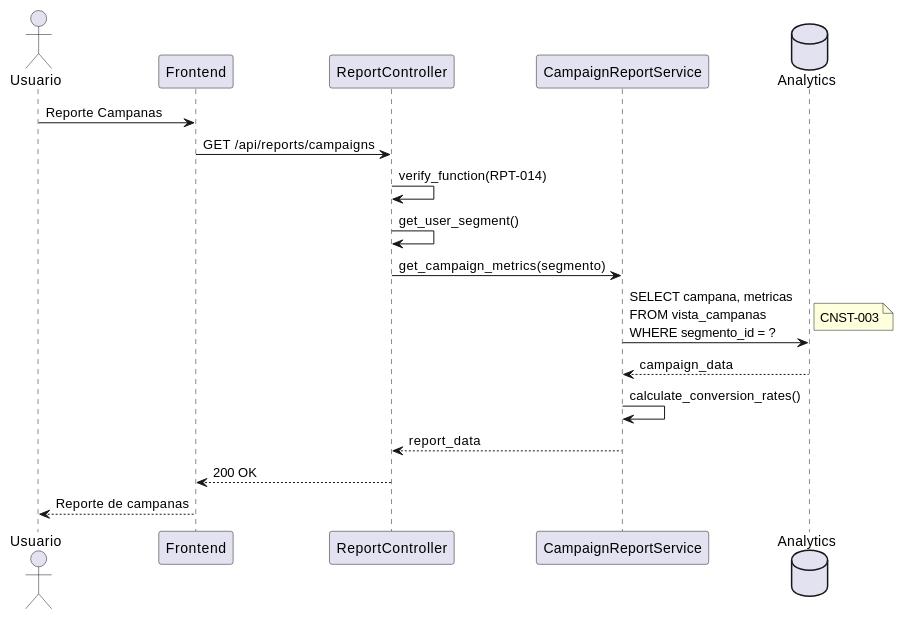
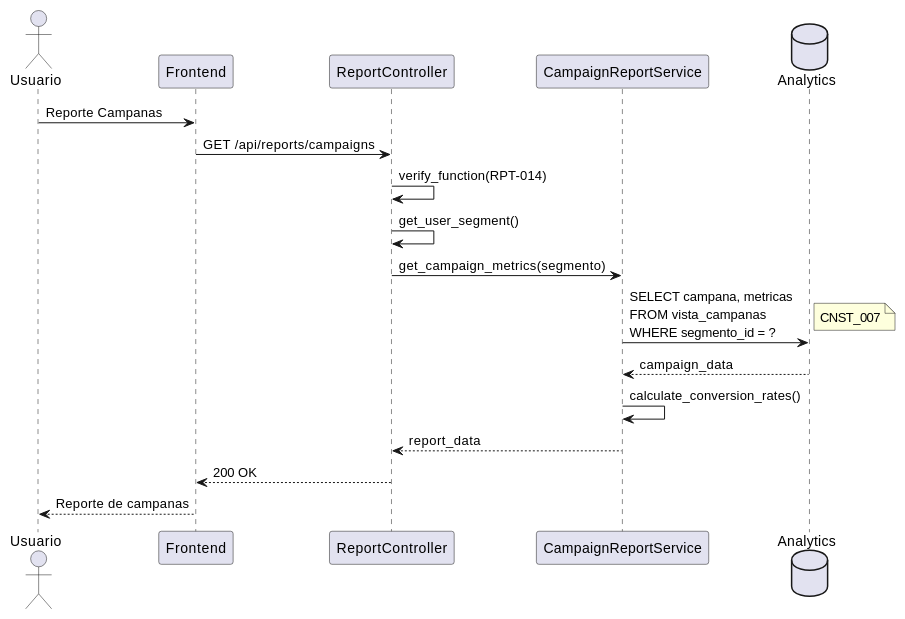
Before and after one commit to jcg-admin/IACT-docs: the second of 3 diagrams in source/requisitos/casos_uso/reports/UC_RPT_14_Ver_Reporte_Campanas.rst, drawn with PlantUML. The commit also changed other lines of this file and 67 other files, not shown here.

```diff
--- a/source/requisitos/casos_uso/reports/UC_RPT_14_Ver_Reporte_Campanas.rst
+++ b/source/requisitos/casos_uso/reports/UC_RPT_14_Ver_Reporte_Campanas.rst
@@ -137,23 +137,23 @@
 .. uml::
    :caption: Diagrama de Secuencia - UC_RPT_14
 
    @startuml
    actor "Usuario" as U
    participant "Frontend" as FE
    participant "ReportController" as RC
    participant "CampaignReportService" as CRS
    database "Analytics" as DB
 
    U -> FE: Reporte Campanas
    FE -> RC: GET /api/reports/campaigns
    RC -> RC: verify_function(RPT-014)
    RC -> RC: get_user_segment()
    RC -> CRS: get_campaign_metrics(segmento)
    CRS -> DB: SELECT campana, metricas\nFROM vista_campanas\nWHERE segmento_id = ?
-   note right: CNST-003
+   note right: CNST_007
    DB --> CRS: campaign_data
    CRS -> CRS: calculate_conversion_rates()
    CRS --> RC: report_data
    RC --> FE: 200 OK
    FE --> U: Reporte de campanas
    @enduml
```
